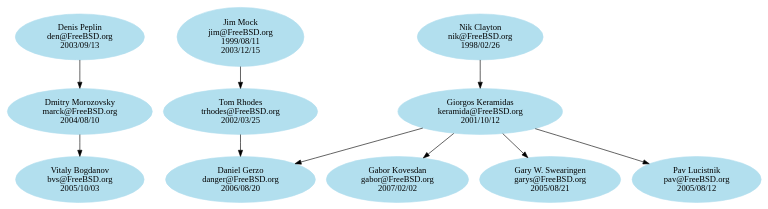
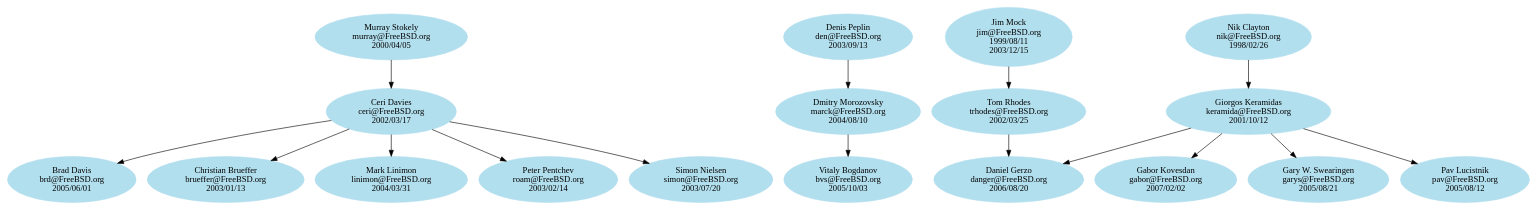
Before and after one commit to kelvinyu/unix-history-repo: the diagram in share/misc/committers-doc.dot, drawn with Graphviz.

Commit message:
Add my mentor and mentees. Add a comment clarifying the date format as it wasn't immediately obvious from the current entries.

```diff
--- a/share/misc/committers-doc.dot
+++ b/share/misc/committers-doc.dot
@@ -1,58 +1,74 @@
 # $FreeBSD$
 
 digraph doc {
 
 # Node definitions follow this example:
 #
 #   foo [label="Foo Bar\nfoo@FreeBSD.org\n????/??/??"]
 #
 # ????/??/?? is the date when the commit bit was obtained, usually the one you
 # can find looking at CVS logs for the access (or avail) file under CVSROOT.
+# Use YYYY/MM/DD format.
 #
 # For returned commit bits, the node definition will follow this example:
 #
 #   foo [label="Foo Bar\nfoo@FreeBSD.org\n????/??/??\n????/??/??"]
 #
 # The first date is the same as for an active committer, the second date is
 # the date when the commit bit has been returned. Again, check CVS logs.
 
 node [color=grey62, style=filled, bgcolor=black];
 
 # Alumni go here. Try to keep things sorted.
 
 node [color=lightblue2, style=filled, bgcolor=black];
 
 # Current doc committers go here. Try to keep things sorted.
 
+brd [label="Brad Davis\nbrd@FreeBSD.org\n2005/06/01"]
+brueffer [label="Christian Brueffer\nbrueffer@FreeBSD.org\n2003/01/13"]
 bvs [label="Vitaly Bogdanov\nbvs@FreeBSD.org\n2005/10/03"]
+ceri [label="Ceri Davies\nceri@FreeBSD.org\n2002/03/17"]
 danger [label="Daniel Gerzo\ndanger@FreeBSD.org\n2006/08/20"]
 den [label="Denis Peplin\nden@FreeBSD.org\n2003/09/13"]
 gabor [label="Gabor Kovesdan\ngabor@FreeBSD.org\n2007/02/02"]
 garys [label="Gary W. Swearingen\ngarys@FreeBSD.org\n2005/08/21"]
 jim [label="Jim Mock\njim@FreeBSD.org\n1999/08/11\n2003/12/15"]
 keramida [label="Giorgos Keramidas\nkeramida@FreeBSD.org\n2001/10/12"]
+linimon [label="Mark Linimon\nlinimon@FreeBSD.org\n2004/03/31"]
 marck [label="Dmitry Morozovsky\nmarck@FreeBSD.org\n2004/08/10"]
+murray [label="Murray Stokely\nmurray@FreeBSD.org\n2000/04/05"]
 nik [label="Nik Clayton\nnik@FreeBSD.org\n1998/02/26"]
+roam [label="Peter Pentchev\nroam@FreeBSD.org\n2003/02/14"]
+simon [label="Simon Nielsen\nsimon@FreeBSD.org\n2003/07/20"]
 trhodes [label="Tom Rhodes\ntrhodes@FreeBSD.org\n2002/03/25"]
 pav [label="Pav Lucistnik\npav@FreeBSD.org\n2005/08/12"]
 
 # Here are the mentor/mentee relationships.
 # Group together all the mentees for a particular mentor.
 # Keep the list sorted by mentor login.
+
+ceri -> brd
+ceri -> brueffer
+ceri -> linimon
+ceri -> roam
+ceri -> simon
 
 den -> marck
 
 jim -> trhodes
 
 keramida -> danger
 keramida -> gabor
 keramida -> garys
 keramida -> pav
 
 marck -> bvs
 
+murray -> ceri
+
 nik -> keramida
 
 trhodes -> danger
 
 }
```
